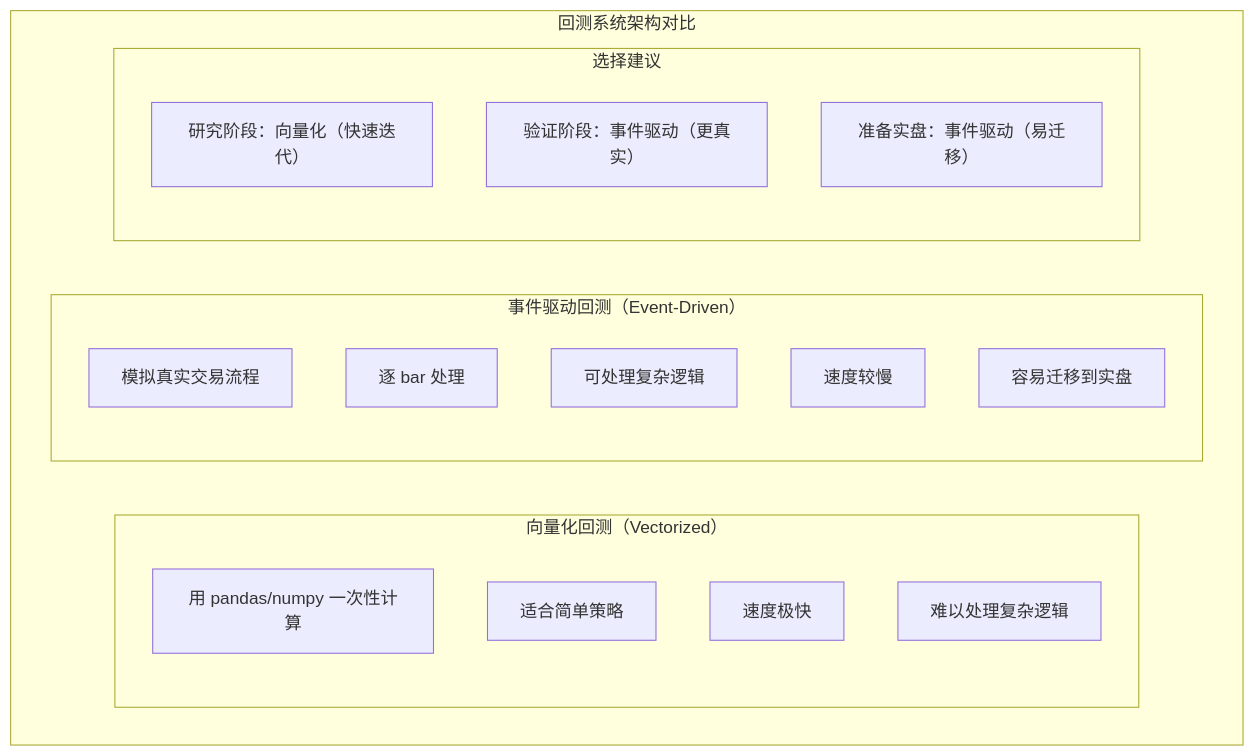
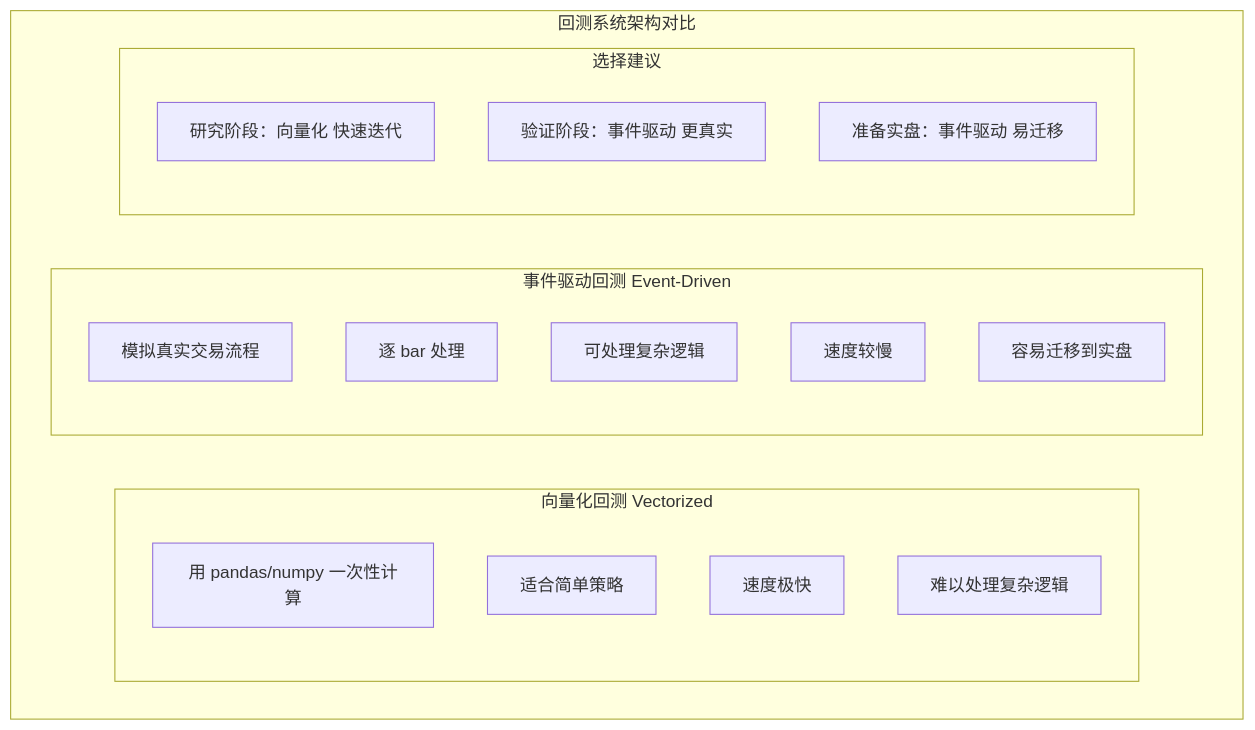
Before and after one commit to jpixy/jpixy.github.io: the second of 4 diagrams in content/articles/quant/quant-08-回测系统设计与实现.md, drawn with Mermaid. The commit also changed other lines of this file and 66 other files, not shown here.

Commit message:
fix: resolve Mermaid syntax errors by removing parentheses in node labels

````diff
--- a/content/articles/quant/quant-08-回测系统设计与实现.md
+++ b/content/articles/quant/quant-08-回测系统设计与实现.md
@@ -81,23 +81,23 @@
 ```mermaid
 graph TB
     subgraph 架构对比["回测系统架构对比"]
-        subgraph 向量化["向量化回测（Vectorized）"]
+        subgraph 向量化["向量化回测 Vectorized"]
             V1["用 pandas/numpy 一次性计算"]
             V2["适合简单策略"]
             V3["速度极快"]
             V4["难以处理复杂逻辑"]
         end
-        subgraph 事件驱动["事件驱动回测（Event-Driven）"]
+        subgraph 事件驱动["事件驱动回测 Event-Driven"]
             E1["模拟真实交易流程"]
             E2["逐 bar 处理"]
             E3["可处理复杂逻辑"]
             E4["速度较慢"]
             E5["容易迁移到实盘"]
         end
         subgraph 选择建议
-            S1["研究阶段：向量化（快速迭代）"]
-            S2["验证阶段：事件驱动（更真实）"]
-            S3["准备实盘：事件驱动（易迁移）"]
+            S1["研究阶段：向量化 快速迭代"]
+            S2["验证阶段：事件驱动 更真实"]
+            S3["准备实盘：事件驱动 易迁移"]
         end
     end
 ```
````
